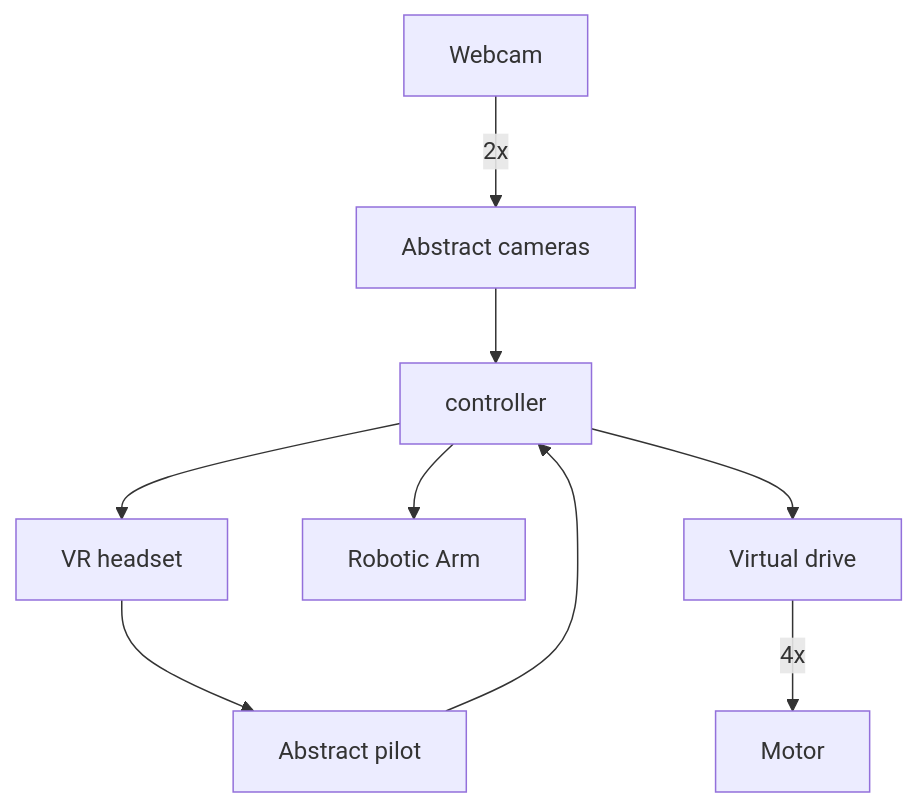
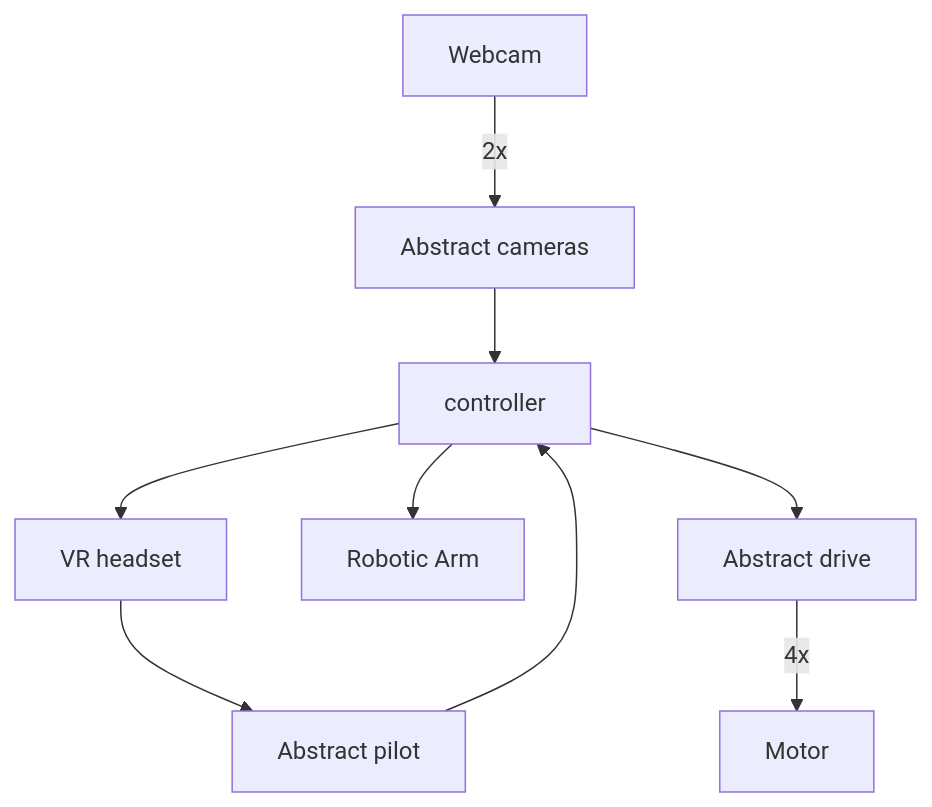
Before and after one commit to equinor/eit-robotic-avatar-two: the second of 2 diagrams in vision.md, drawn with Mermaid.

````diff
--- a/vision.md
+++ b/vision.md
@@ -38,15 +38,15 @@
 ```mermaid
 flowchart
     webcam[Webcam]
     camera[Abstract cameras]
     headset[VR headset]
     pilot[Abstract pilot]
     robot_arm[Robotic Arm]
-    drive[Virtual drive]
+    drive[Abstract drive]
     motors[Motor]
     controller
 
     webcam-->|2x|camera-->controller-->headset
     headset-->pilot-->controller-->drive-->|4x|motors
     controller-->robot_arm
 ```
````
